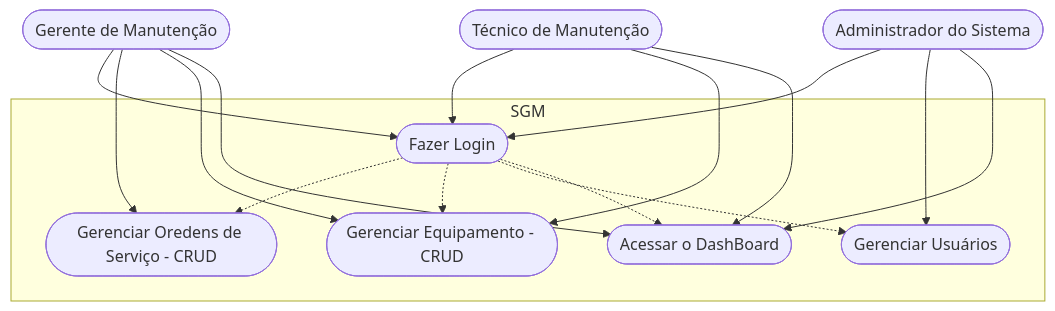
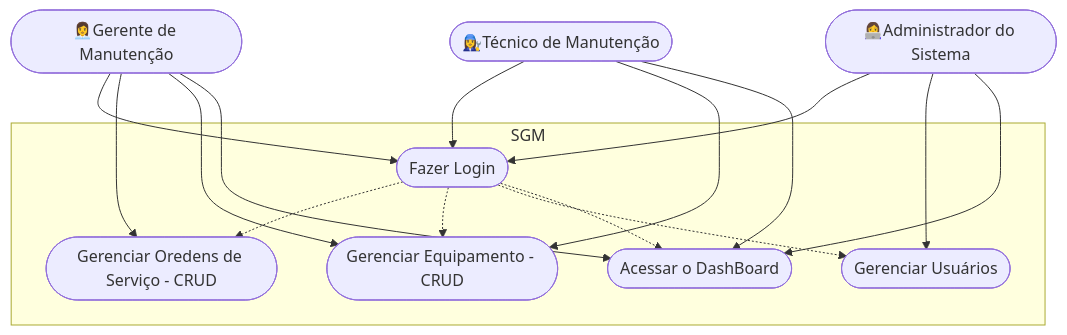
The second of 3 diagrams in Frameworks/Next/formativa-sgm/README.md (ju130-star/FrontEnd), drawn with Mermaid before and after one commit. The commit also changed other lines of this file, not shown here.

````diff
--- a/Frameworks/Next/formativa-sgm/README.md
+++ b/Frameworks/Next/formativa-sgm/README.md
@@ -99,35 +99,35 @@
     ```mermaid
   graph TD 
   
     subgraph "SGM"
     caso1([Fazer Login])
     caso2([Gerenciar Oredens de Serviço - CRUD])
     caso3([Gerenciar Equipamento - CRUD])
     caso4([Gerenciar Usuários])
     caso5([Acessar o DashBoard])
 
     end
      
-     Tecnico([Técnico de Manutenção])
-     Gerente([Gerente de Manutenção])
-     Admin([Administrador do Sistema])
+     Tecnico([👩‍🔧Técnico de Manutenção])
+     Gerente([👩‍💼Gerente de Manutenção])
+     Admin([👩‍💻Administrador do Sistema])
 
     Tecnico --> caso1
     Tecnico --> caso3
     Tecnico --> caso5
 
     Gerente --> caso1
     Gerente --> caso2
     Gerente --> caso3
     Gerente --> caso5
 
     Admin --> caso1
     Admin --> caso4
     Admin --> caso5
 
     caso1 -.-> caso2
     caso1 -.-> caso3
     caso1 -.-> caso4
     caso1 -.-> caso5
     
 ```
````
